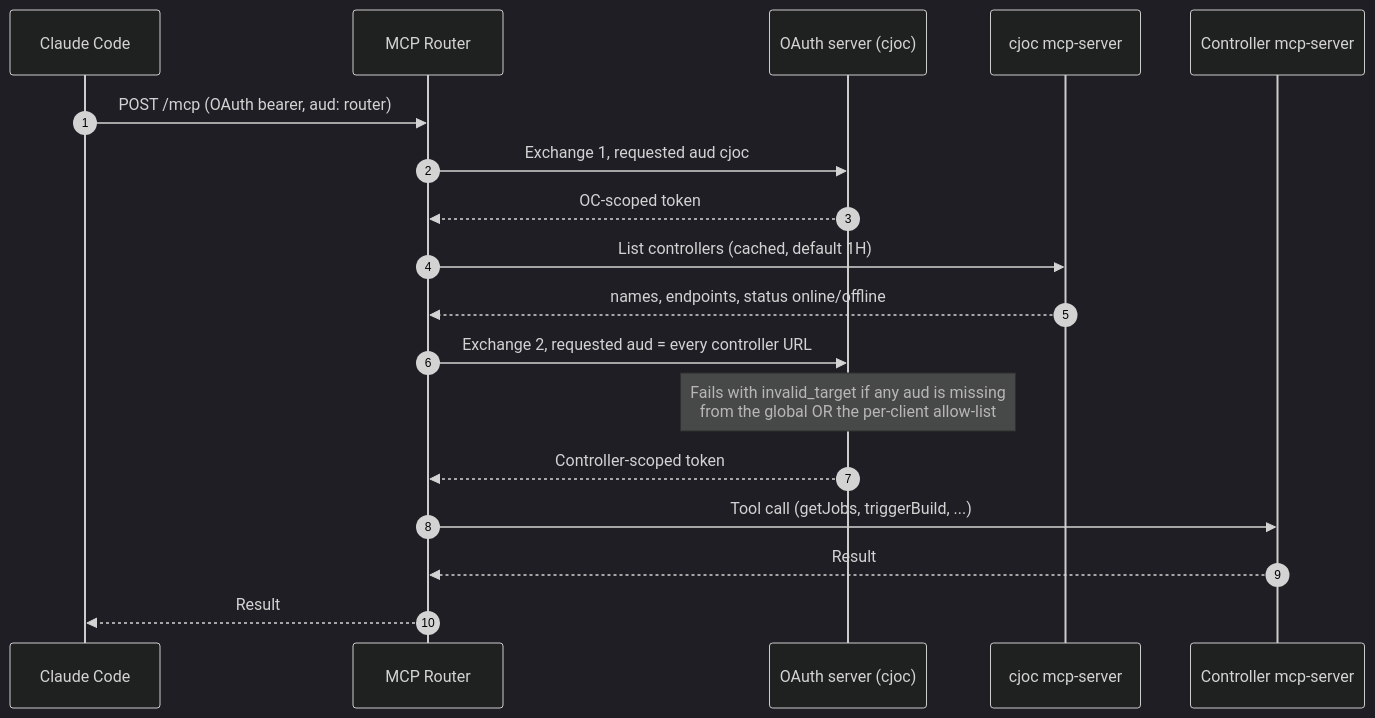
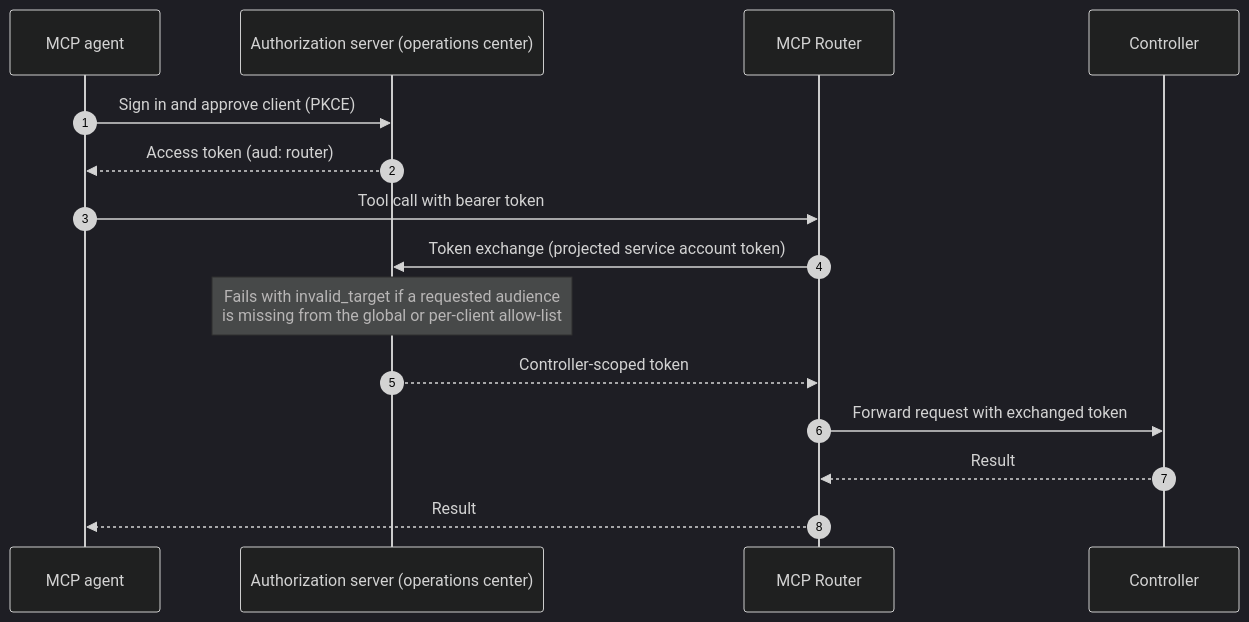
Before and after one commit to cb-ci/ci-gateway-api: the second of 2 diagrams in MCP.md, drawn with Mermaid (dark theme). The commit also changed other lines of this file, not shown here.

````diff
--- a/MCP.md
+++ b/MCP.md
@@ -192,21 +64,18 @@
 ```mermaid
 sequenceDiagram
     autonumber
-    participant A as Claude Code
+    participant A as MCP agent
+    participant AS as Authorization server (operations center)
     participant R as MCP Router
-    participant AS as OAuth server (cjoc)
-    participant OC as cjoc mcp-server
-    participant C as Controller mcp-server
+    participant C as Controller
 
-    A->>R: POST /mcp (OAuth bearer, aud: router)
-    R->>AS: Exchange 1, requested aud cjoc
-    AS-->>R: OC-scoped token
-    R->>OC: List controllers (cached, default 1H)
-    OC-->>R: names, endpoints, status online/offline
-    R->>AS: Exchange 2, requested aud = every controller URL
-    Note over AS: Fails with invalid_target if any aud is missing<br/>from the global OR the per-client allow-list
+    A->>AS: Sign in and approve client (PKCE)
+    AS-->>A: Access token (aud: router)
+    A->>R: Tool call with bearer token
+    R->>AS: Token exchange (projected service account token)
+    Note over AS: Fails with invalid_target if a requested audience<br/>is missing from the global or per-client allow-list
     AS-->>R: Controller-scoped token
-    R->>C: Tool call (getJobs, triggerBuild, ...)
+    R->>C: Forward request with exchanged token
     C-->>R: Result
     R-->>A: Result
 ```
````
